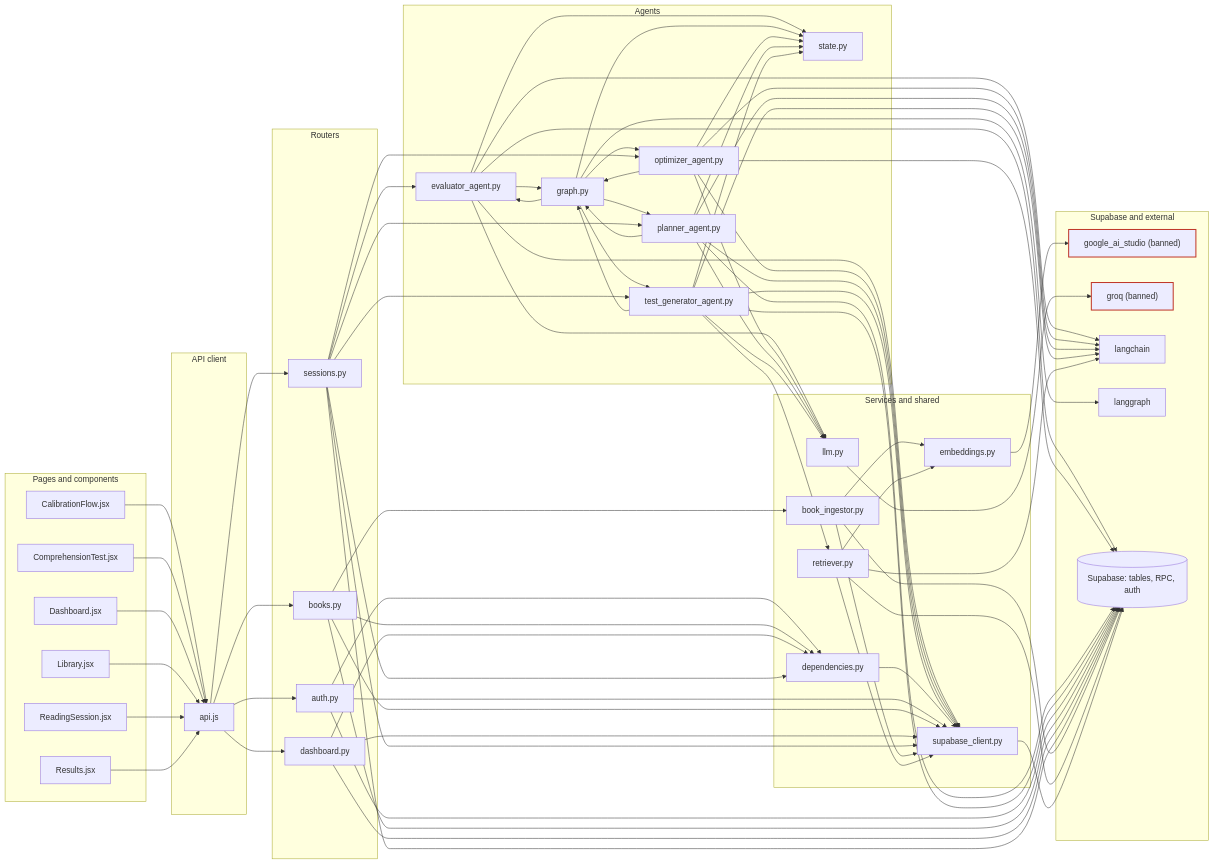
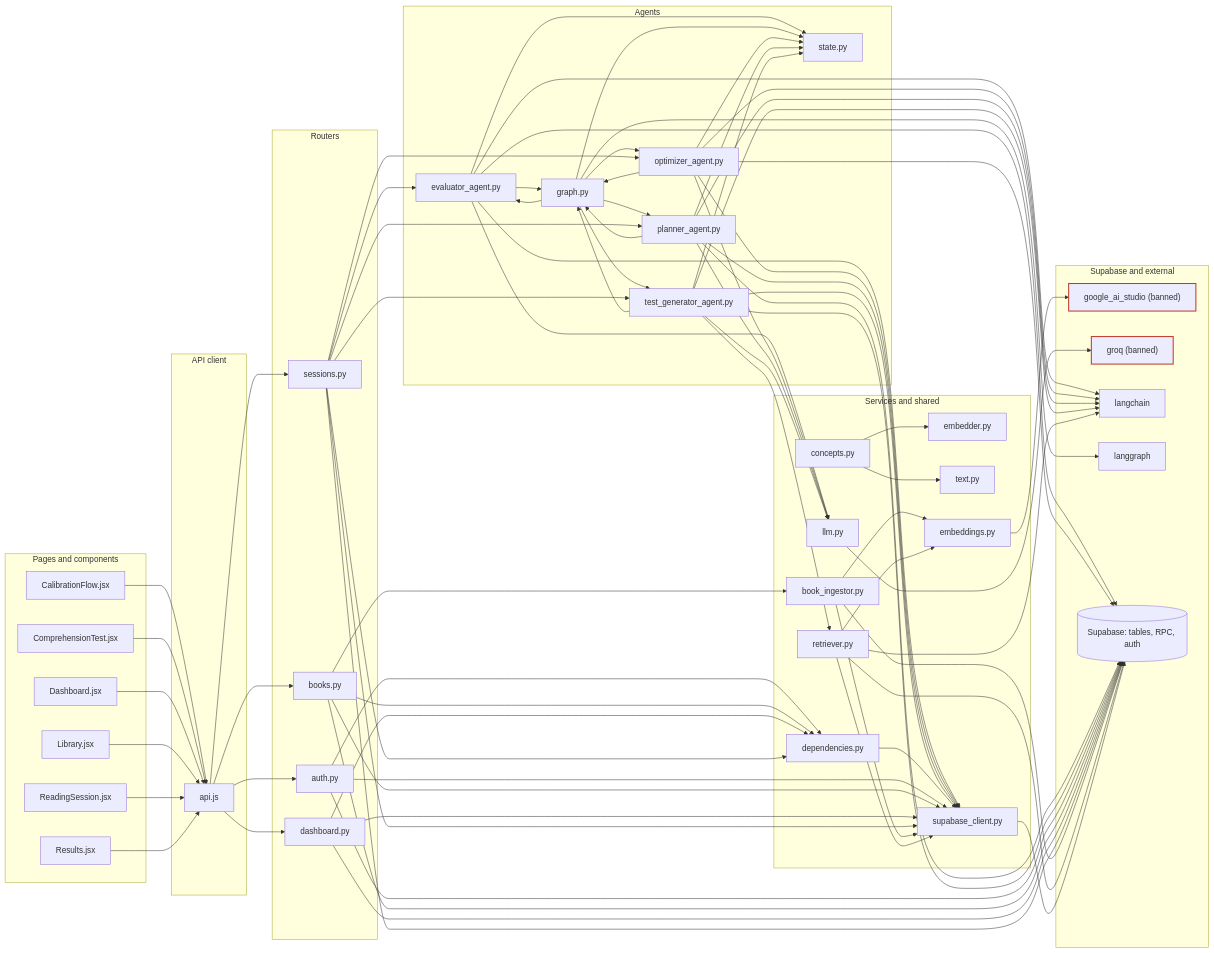
One commit to asparagusD/readfocus changed the first of 2 diagrams in docs/repo-graph/REPO_MAP.md. Above: the diagram before and after it, drawn with Mermaid. The commit also changed other lines of this file and 9 other files, not shown here.

```diff
--- a/docs/repo-graph/REPO_MAP.md
+++ b/docs/repo-graph/REPO_MAP.md
@@ -39,6 +39,9 @@
   end
   subgraph service["Services and shared"]
     file_backend_dependencies_py["dependencies.py"]
+    file_backend_nlp_concepts_py["concepts.py"]
+    file_backend_nlp_embedder_py["embedder.py"]
+    file_backend_nlp_text_py["text.py"]
     file_backend_services_book_ingestor_py["book_ingestor.py"]
     file_backend_services_embeddings_py["embeddings.py"]
     file_backend_services_llm_py["llm.py"]
@@ -84,6 +87,8 @@
   file_backend_agents_test_generator_agent_py --> file_backend_services_supabase_client_py
   file_backend_agents_test_generator_agent_py --> supabase
   file_backend_dependencies_py --> file_backend_services_supabase_client_py
+  file_backend_nlp_concepts_py --> file_backend_nlp_embedder_py
+  file_backend_nlp_concepts_py --> file_backend_nlp_text_py
   file_backend_routers_auth_py --> file_backend_dependencies_py
   file_backend_routers_auth_py --> file_backend_services_supabase_client_py
   file_backend_routers_auth_py --> supabase
```
